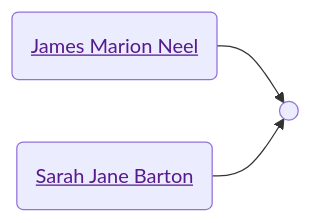
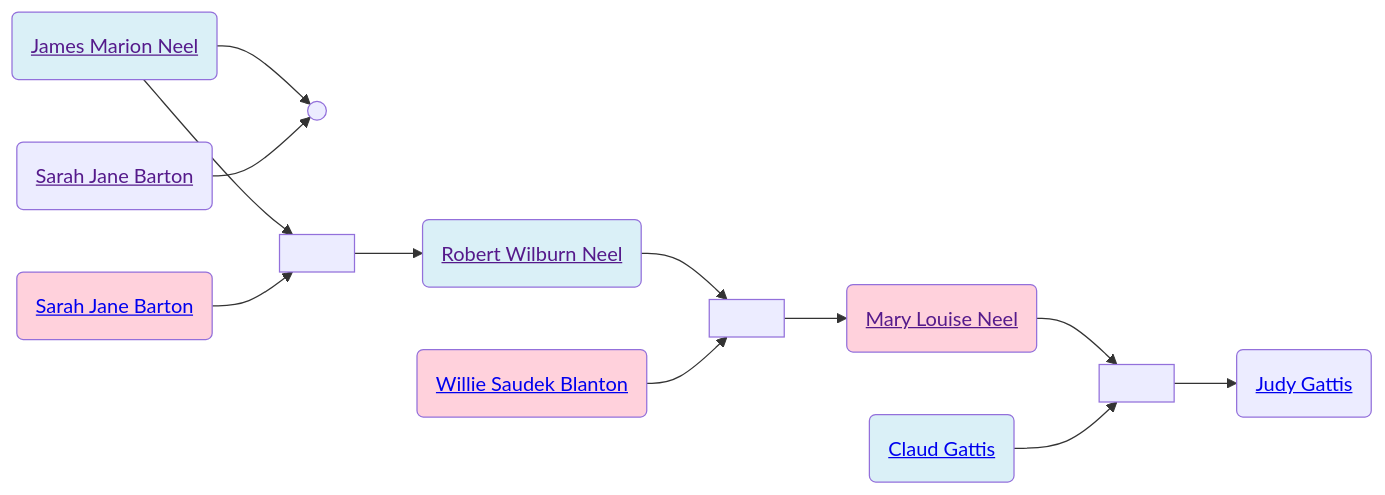
The second of 2 diagrams in familyhistory/sources/people/Neel-line/James_Marion_Neel.qmd (neelsmith/avocational), drawn with Mermaid before and after one commit. The commit also changed other lines of this file and 91 other files, not shown here.

Commit message:
Rebuild descendant diagrams

````diff
--- a/familyhistory/sources/people/Neel-line/James_Marion_Neel.qmd
+++ b/familyhistory/sources/people/Neel-line/James_Marion_Neel.qmd
@@ -37,10 +43,29 @@
 ```{mermaid}
 graph LR
+%% LR descendant diagram
 class James_Marion_Neel_and__Sarah_Jane_Barton marriage
 James_Marion_Neel(<a href=''>James Marion Neel</>) --> James_Marion_Neel_and__Sarah_Jane_Barton[ ]
 _Sarah_Jane_Barton(<a href=''> Sarah Jane Barton</>) --> James_Marion_Neel_and__Sarah_Jane_Barton(( ))
+class James_Marion_Neel_and_Sarah_Jane_Barton marriage
+James_Marion_Neel(<a href=''>James Marion Neel</>) --> James_Marion_Neel_and_Sarah_Jane_Barton[ ]
+Sarah_Jane_Barton(<a href='./Sarah_Jane_Barton.html'>Sarah Jane Barton</>) --> James_Marion_Neel_and_Sarah_Jane_Barton(( ))
+class James_Marion_Neel father
+class Sarah_Jane_Barton mother
+James_Marion_Neel_and_Sarah_Jane_Barton[ ] --> Robert_Wilburn_Neel(<a href='./Robert_Wilburn_Neel.html'>Robert Wilburn Neel</>)
+class Robert_Wilburn_Neel_and_Willie_Saudek_Blanton marriage
+Robert_Wilburn_Neel(<a href=''>Robert Wilburn Neel</>) --> Robert_Wilburn_Neel_and_Willie_Saudek_Blanton[ ]
+Willie_Saudek_Blanton(<a href='./Blanton-line/Willie_Saudek_Blanton.html'>Willie Saudek Blanton</>) --> Robert_Wilburn_Neel_and_Willie_Saudek_Blanton(( ))
+class Robert_Wilburn_Neel father
+class Willie_Saudek_Blanton mother
+Robert_Wilburn_Neel_and_Willie_Saudek_Blanton[ ] --> Mary_Louise_Neel(<a href='./Mary_Louise_Neel.html'>Mary Louise Neel</>)
+class Mary_Louise_Neel_and_Claud_Gattis marriage
+Mary_Louise_Neel(<a href=''>Mary Louise Neel</>) --> Mary_Louise_Neel_and_Claud_Gattis[ ]
+Claud_Gattis(<a href='./../Gattis-line/Claud_Gattis.html'>Claud Gattis</>) --> Mary_Louise_Neel_and_Claud_Gattis(( ))
+class Claud_Gattis father
+class Mary_Louise_Neel mother
+Mary_Louise_Neel_and_Claud_Gattis[ ] --> Judy_Gattis(<a href='./../Gattis-line/Judy_Gattis.html'>Judy Gattis</>)
 classDef mother fill:#ffd1dc
 classDef father fill:#daf0f7  
 classDef marriage fill:#ffffff
 
 ```
````
